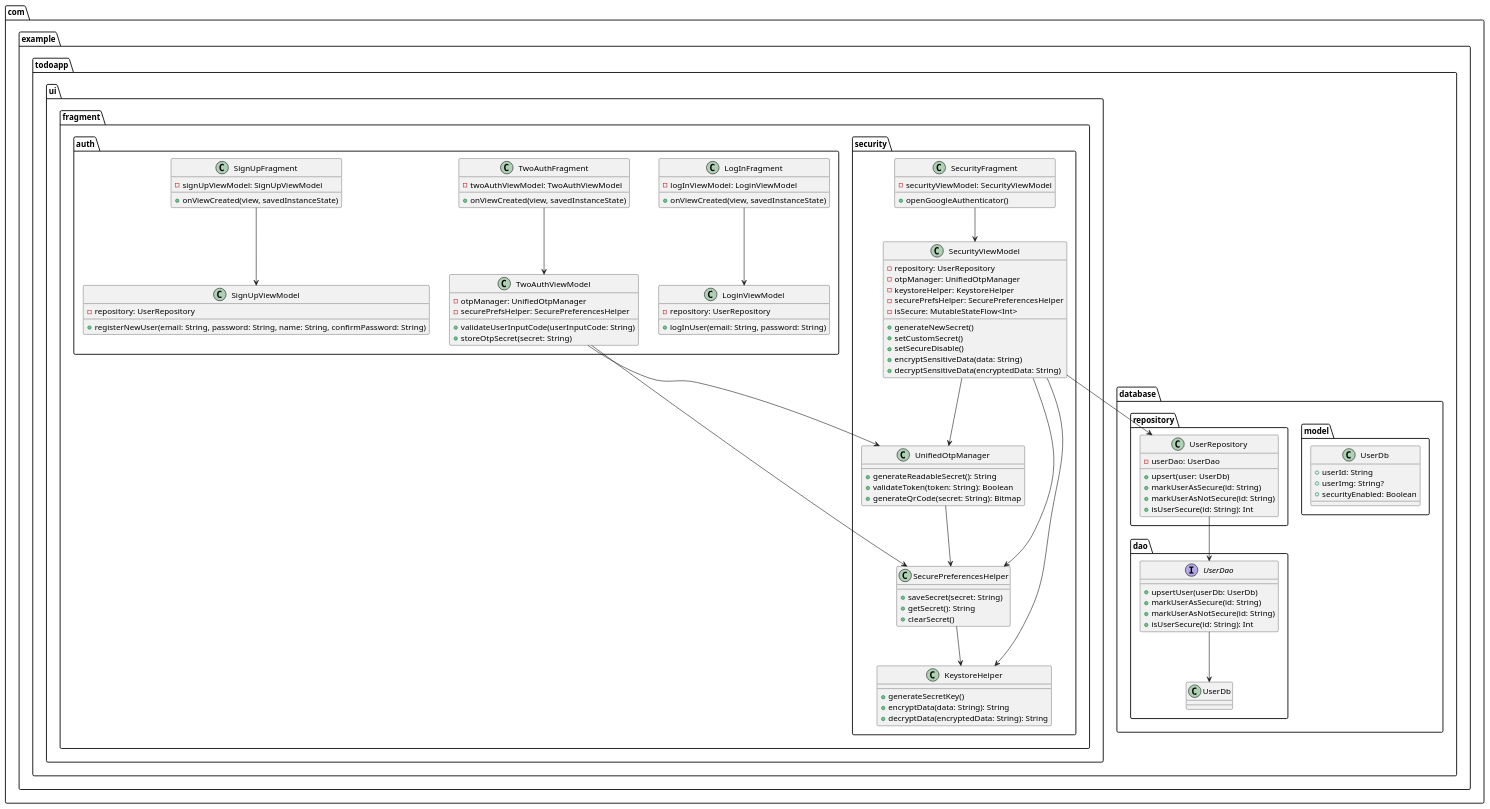
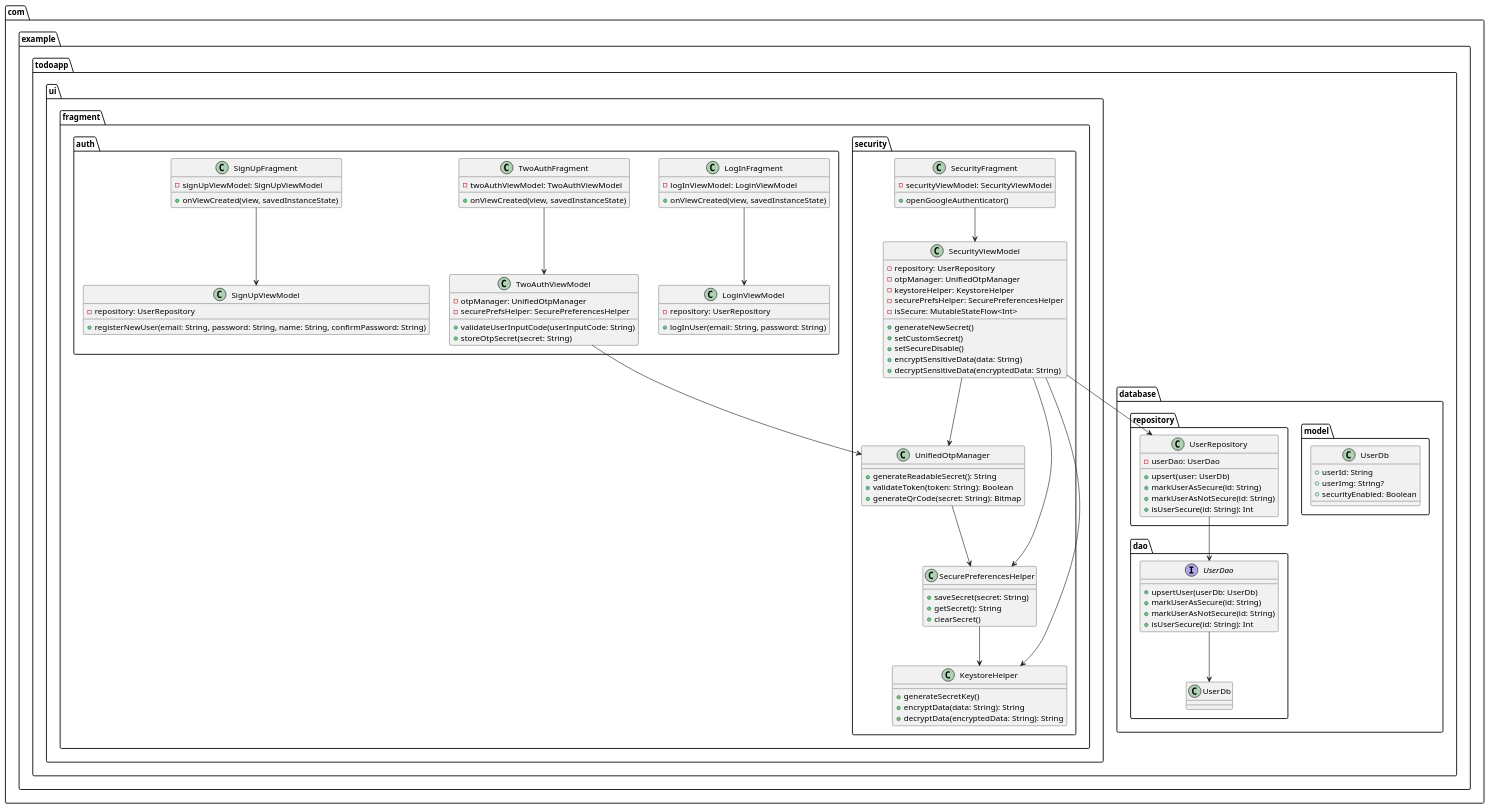
The diagram in app/src/main/java/com/example/todoapp/securityFirstVersion.puml (SunshineDevv/ToDo-App), drawn with PlantUML before and after one commit. The commit also changed 1 other file, not shown here.

Commit message:
Some fixes of diagrams

```diff
--- a/app/src/main/java/com/example/todoapp/securityFirstVersion.puml
+++ b/app/src/main/java/com/example/todoapp/securityFirstVersion.puml
@@ -1,126 +1,125 @@
 @startuml
 ' ========== Пакет Безопасности ==========
 package "com.example.todoapp.ui.fragment.security" {
     class SecurityFragment {
         - securityViewModel: SecurityViewModel
         + openGoogleAuthenticator()
     }
 
     class SecurityViewModel {
         - repository: UserRepository
         - otpManager: UnifiedOtpManager
         - keystoreHelper: KeystoreHelper
         - securePrefsHelper: SecurePreferencesHelper
         - isSecure: MutableStateFlow<Int>
         + generateNewSecret()
         + setCustomSecret()
         + setSecureDisable()
         + encryptSensitiveData(data: String)
         + decryptSensitiveData(encryptedData: String)
     }
 
     class KeystoreHelper {
         + generateSecretKey()
         + encryptData(data: String): String
         + decryptData(encryptedData: String): String
     }
 
     class SecurePreferencesHelper {
         + saveSecret(secret: String)
         + getSecret(): String
         + clearSecret()
     }
 
     class UnifiedOtpManager {
         + generateReadableSecret(): String
         + validateToken(token: String): Boolean
         + generateQrCode(secret: String): Bitmap
     }
 
     SecurityFragment --> SecurityViewModel
     SecurePreferencesHelper --> KeystoreHelper
     UnifiedOtpManager --> SecurePreferencesHelper
 }
 
 ' ========== Пакет Аутентификации ==========
 package "com.example.todoapp.ui.fragment.auth" {
     class LogInFragment {
         - logInViewModel: LoginViewModel
         + onViewCreated(view, savedInstanceState)
     }
 
     class LoginViewModel {
         - repository: UserRepository
         + logInUser(email: String, password: String)
     }
 
     class TwoAuthFragment {
         - twoAuthViewModel: TwoAuthViewModel
         + onViewCreated(view, savedInstanceState)
     }
 
     class TwoAuthViewModel {
         - otpManager: UnifiedOtpManager
         - securePrefsHelper: SecurePreferencesHelper
         + validateUserInputCode(userInputCode: String)
         + storeOtpSecret(secret: String)
     }
 
     class SignUpFragment {
         - signUpViewModel: SignUpViewModel
         + onViewCreated(view, savedInstanceState)
     }
 
     class SignUpViewModel {
         - repository: UserRepository
         + registerNewUser(email: String, password: String, name: String, confirmPassword: String)
     }
 
     LogInFragment --> LoginViewModel
     TwoAuthFragment --> TwoAuthViewModel
     SignUpFragment --> SignUpViewModel
-    TwoAuthViewModel --> SecurePreferencesHelper
 }
 
 ' ========== Пакет DAO (Работа с БД) ==========
 package "com.example.todoapp.database.dao" {
     interface UserDao {
         + upsertUser(userDb: UserDb)
         + markUserAsSecure(id: String)
         + markUserAsNotSecure(id: String)
         + isUserSecure(id: String): Int
     }
 
     UserDao --> UserDb
 }
 
 ' ========== Пакет Моделей ==========
 package "com.example.todoapp.database.model" {
     class UserDb {
         + userId: String
         + userImg: String?
         + securityEnabled: Boolean
     }
 }
 
 ' ========== Пакет Репозиториев ==========
 package "com.example.todoapp.database.repository" {
     class UserRepository {
         - userDao: UserDao
         + upsert(user: UserDb)
         + markUserAsSecure(id: String)
         + markUserAsNotSecure(id: String)
         + isUserSecure(id: String): Int
     }
 
     UserRepository --> UserDao
 }
 
 ' ========== Связи ==========
 SecurityViewModel --> UserRepository
 TwoAuthViewModel --> UnifiedOtpManager
 SecurityViewModel --> SecurePreferencesHelper
 SecurityViewModel --> KeystoreHelper
 SecurityViewModel --> UnifiedOtpManager
 
 @enduml
```
